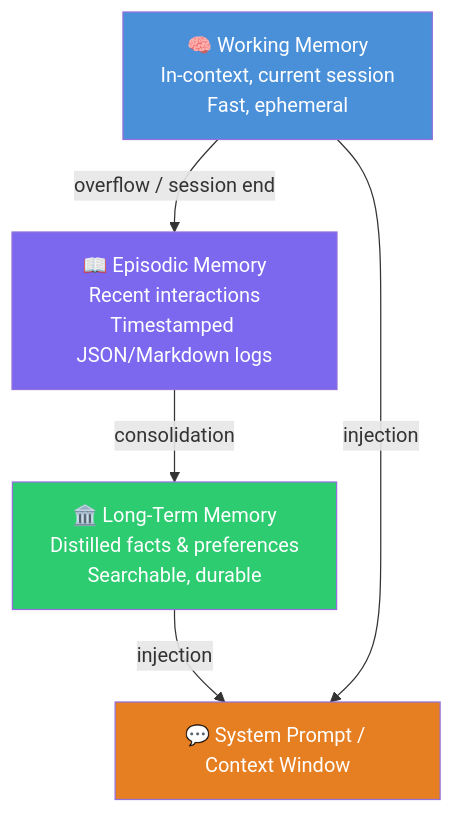
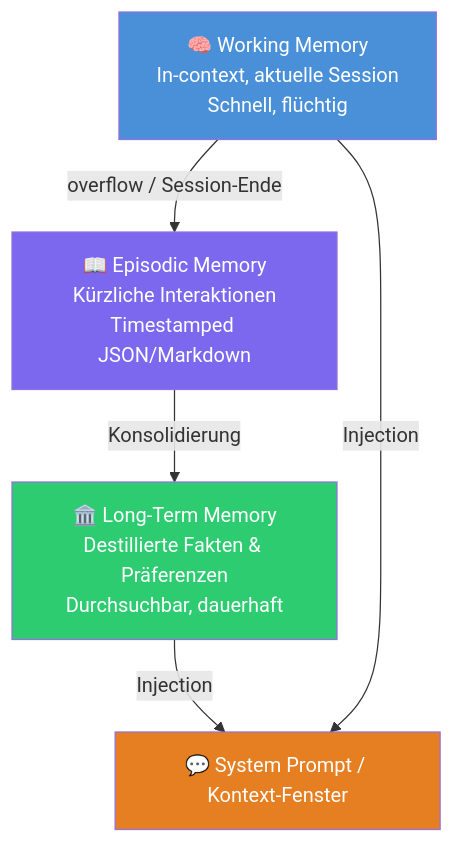
The diagram in patterns/ai-agents/agent-memory-patterns/README.md (tricksal/brickbase), drawn with Mermaid before and after one commit. The commit also changed other lines of this file, not shown here.

First line of the commit message:
feat(agent-memory): Add Cline Memory Bank pattern (Structured Context Bank)

````diff
--- a/patterns/ai-agents/agent-memory-patterns/README.md
+++ b/patterns/ai-agents/agent-memory-patterns/README.md
@@ -12,12 +29,12 @@
 ```mermaid
 graph TD
-    A[🧠 Working Memory\nIn-context, current session\nFast, ephemeral] -->|overflow / session end| B[📖 Episodic Memory\nRecent interactions\nTimestamped JSON/Markdown logs]
-    B -->|consolidation| C[🏛️ Long-Term Memory\nDistilled facts & preferences\nSearchable, durable]
-    C -->|injection| D[💬 System Prompt / Context Window]
-    A -->|injection| D
+    A["🧠 Working Memory<br/>In-context, aktuelle Session<br/>Schnell, flüchtig"] -->|"overflow / Session-Ende"| B["📖 Episodic Memory<br/>Kürzliche Interaktionen<br/>Timestamped JSON/Markdown"]
+    B -->|"Konsolidierung"| C["🏛️ Long-Term Memory<br/>Destillierte Fakten & Präferenzen<br/>Durchsuchbar, dauerhaft"]
+    C -->|"Injection"| D["💬 System Prompt / Kontext-Fenster"]
+    A -->|"Injection"| D
 
     style A fill:#4A90D9,color:#fff
     style B fill:#7B68EE,color:#fff
     style C fill:#2ECC71,color:#fff
     style D fill:#E67E22,color:#fff
 ```
````
